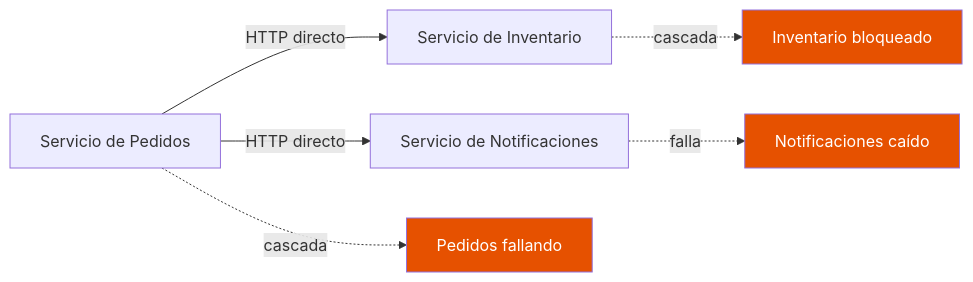
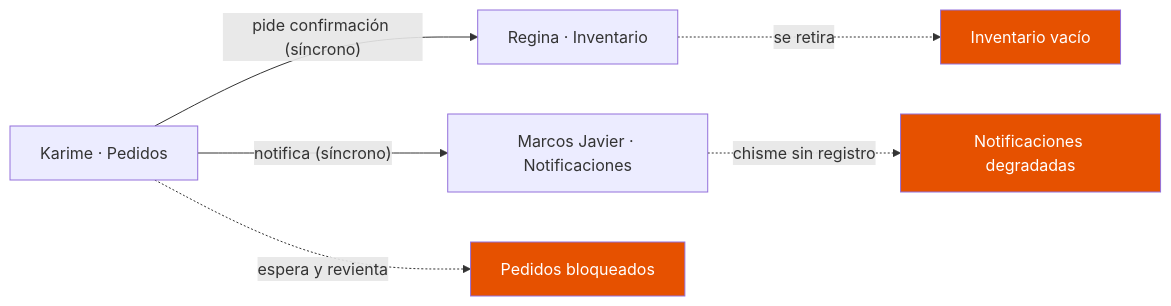
Before and after one commit to misaelnieto/misaelnieto.github.io: the first of 2 diagrams in content/posts/2026-09-06-que-es-kafka-y-por-que-se-llama-asi.md, drawn with Mermaid. The commit also changed other lines of this file and 11 other files, not shown here.

````diff
--- a/content/posts/2026-09-06-que-es-kafka-y-por-que-se-llama-asi.md
+++ b/content/posts/2026-09-06-que-es-kafka-y-por-que-se-llama-asi.md
@@ -52,12 +176,12 @@
 ```mermaid
 flowchart LR
-    A[Servicio de Pedidos] -->|HTTP directo| B[Servicio de Inventario]
-    A -->|HTTP directo| C[Servicio de Notificaciones]
-    C -.->|falla| D[Notificaciones caído]
-    B -.->|cascada| E[Inventario bloqueado]
-    A -.->|cascada| F[Pedidos fallando]
+    K[Karime · Pedidos] -->|"pide confirmación (síncrono)"| R[Regina · Inventario]
+    K -->|"notifica (síncrono)"| M[Marcos Javier · Notificaciones]
+    M -.->|"chisme sin registro"| F[Notificaciones degradadas]
+    R -.->|"se retira"| D[Inventario vacío]
+    K -.->|"espera y revienta"| E[Pedidos bloqueados]
 
     style D fill:#E65100,color:#fff
     style E fill:#E65100,color:#fff
     style F fill:#E65100,color:#fff
 ```
````
